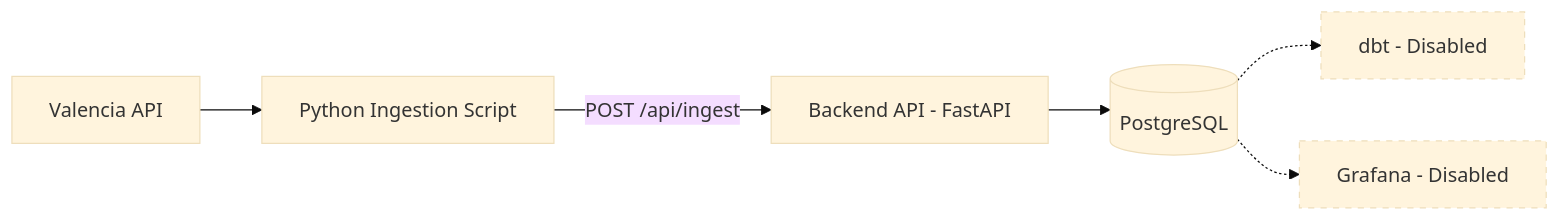
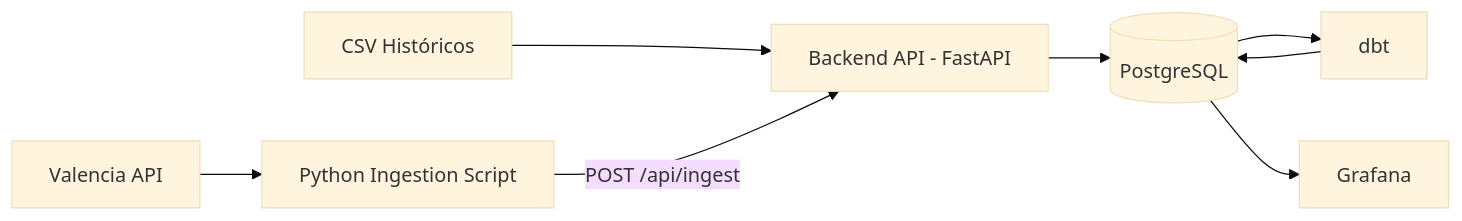
Before and after one commit to SergioM-prog/Data-Project-1-Calidad-del-aire: the first of 3 diagrams in z_Documentacion/DOCUMENTACION_TECNICA.md, drawn with Mermaid (base theme). The commit also changed other lines of this file, not shown here.

````diff
--- a/z_Documentacion/DOCUMENTACION_TECNICA.md
+++ b/z_Documentacion/DOCUMENTACION_TECNICA.md
@@ -133,10 +153,10 @@
 ```mermaid
 graph LR
     A[Valencia API] --> B[Python Ingestion Script]
+    H[CSV Históricos] --> C
     B -->|POST /api/ingest| C[Backend API - FastAPI]
     C --> D[(PostgreSQL)]
-    D -.-> E[dbt - Disabled]
-    D -.-> F[Grafana - Disabled]
-    style E stroke-dasharray: 5 5
-    style F stroke-dasharray: 5 5
+    D --> E[dbt]
+    E --> D
+    D --> F[Grafana]
 ```
````
